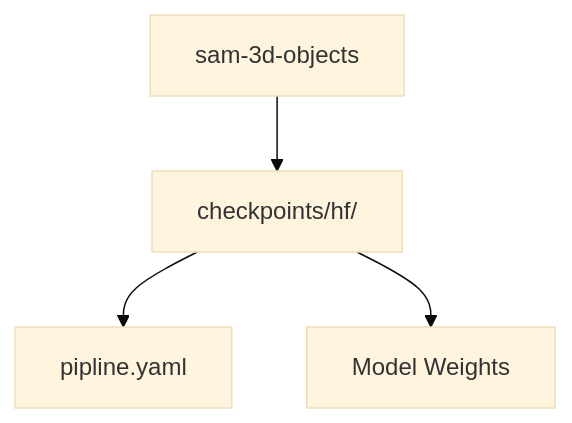
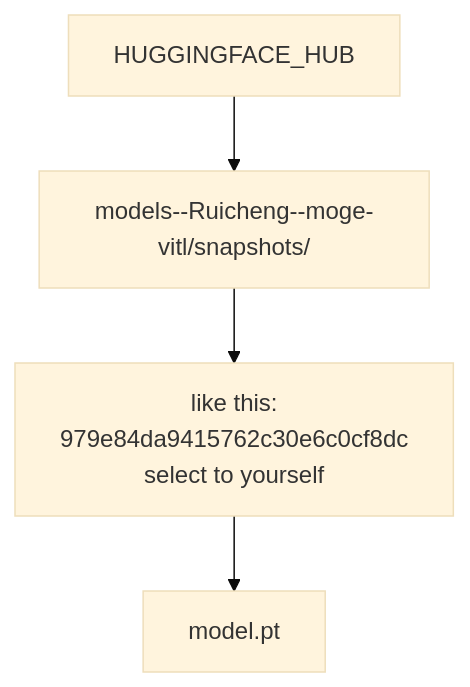
The second of 3 diagrams in README.md (lapertme2/sam-3d-objects-win), drawn with Mermaid (base theme) before and after one commit. The commit also changed other lines of this file, not shown here.

Commit message:
add model checkpoints graph

````diff
--- a/README.md
+++ b/README.md
@@ -194,6 +226,8 @@
 ```mermaid
+
 graph TD
-    A[sam-3d-objects]-->B[checkpoints/hf/]
-    B-->C[pipline.yaml]
-    B-->D[Model Weights]
+    A[HUGGINGFACE_HUB]-->B[models--Ruicheng--moge-vitl/snapshots/]
+    B-->C[like this:<br>979e84da9415762c30e6c0cf8dc<br>select to yourself]
+    C-->D[model.pt]
+        
 ```
````
